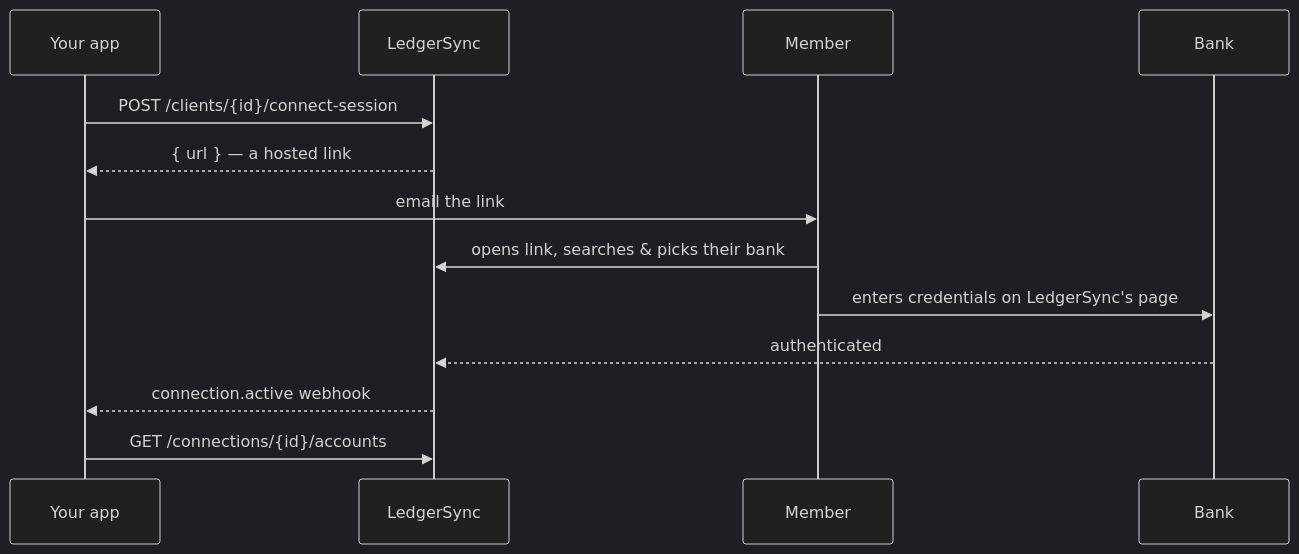
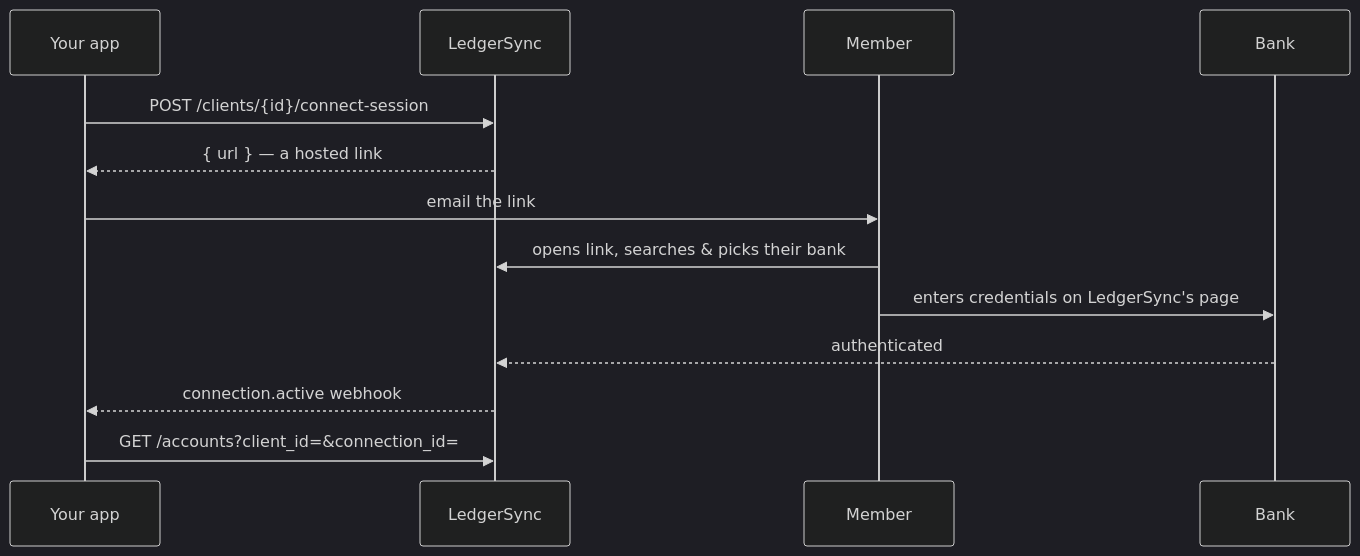
The diagram in guides/connect-a-bank.mdx (robson-silva-ledgersync/docs), drawn with Mermaid (dark theme) before and after one commit. The commit also changed other lines of this file, not shown here.

Commit message:
Fix connect-a-bank: replace non-existent GET /connections/{id}/accounts with GET /accounts?client_id=&connection_id=; add source to webhook example

````diff
--- a/guides/connect-a-bank.mdx
+++ b/guides/connect-a-bank.mdx
@@ -27,15 +27,15 @@
 ```mermaid
 sequenceDiagram
     participant App as Your app
     participant LS as LedgerSync
     participant Member
     participant Bank
     App->>LS: POST /clients/{id}/connect-session
     LS-->>App: { url } — a hosted link
     App->>Member: email the link
     Member->>LS: opens link, searches & picks their bank
     Member->>Bank: enters credentials on LedgerSync's page
     Bank-->>LS: authenticated
     LS-->>App: connection.active webhook
-    App->>LS: GET /connections/{id}/accounts
+    App->>LS: GET /accounts?client_id=&connection_id=
 ```
````
